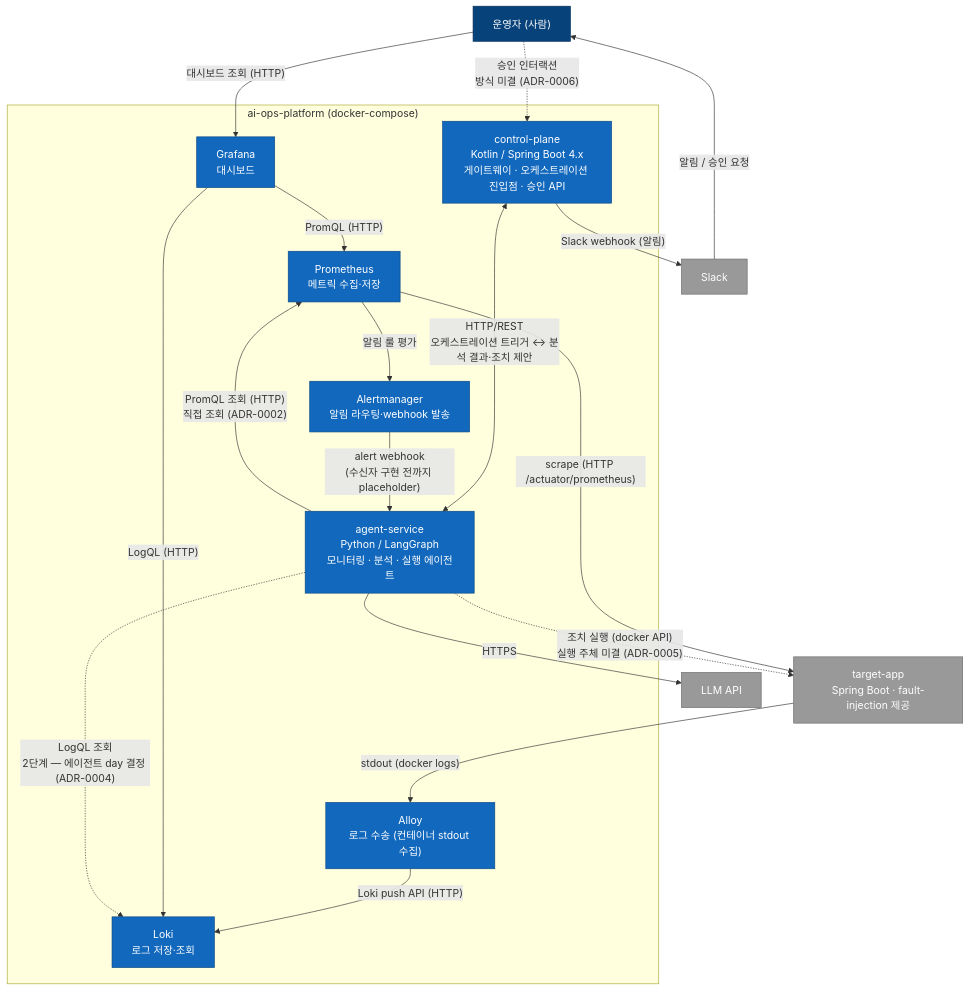
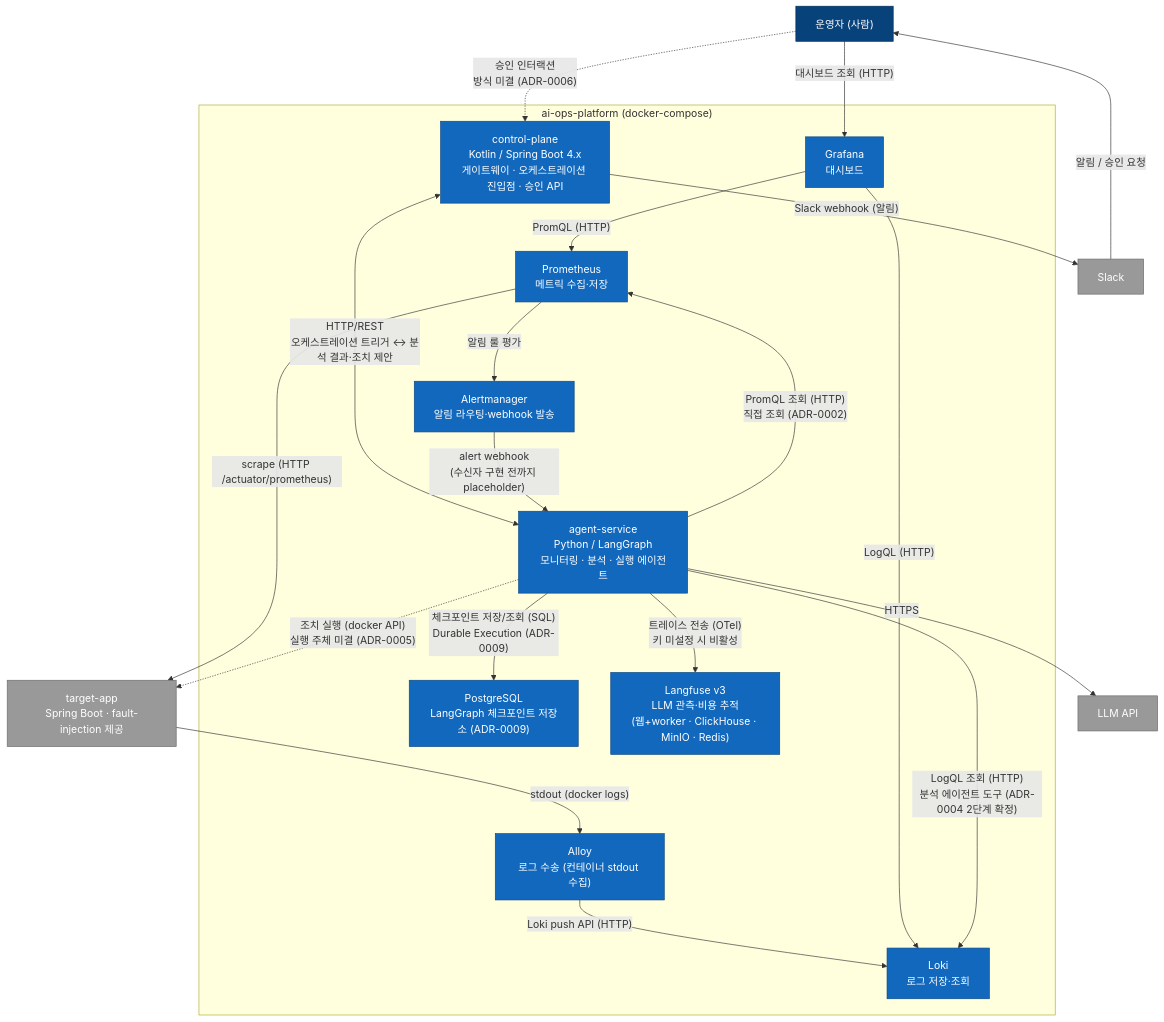
One commit to stillframe42/ai-ops-platform changed the second of 3 diagrams in docs/architecture.md. Above: the diagram before and after it, drawn with Mermaid. The commit also changed other lines of this file and 1 other file, not shown here.

````diff
--- a/docs/architecture.md
+++ b/docs/architecture.md
@@ -36,44 +36,48 @@
 ```mermaid
 flowchart TB
     operator["운영자 (사람)"]
 
     subgraph platform["ai-ops-platform (docker-compose)"]
         cp["control-plane<br/>Kotlin / Spring Boot 4.x<br/>게이트웨이 · 오케스트레이션 진입점 · 승인 API"]
         agents["agent-service<br/>Python / LangGraph<br/>모니터링 · 분석 · 실행 에이전트"]
         prom["Prometheus<br/>메트릭 수집·저장"]
         graf["Grafana<br/>대시보드"]
         am["Alertmanager<br/>알림 라우팅·webhook 발송"]
         loki["Loki<br/>로그 저장·조회"]
         alloy["Alloy<br/>로그 수송 (컨테이너 stdout 수집)"]
+        pg["PostgreSQL<br/>LangGraph 체크포인트 저장소 (ADR-0009)"]
+        lf["Langfuse v3<br/>LLM 관측·비용 추적<br/>(웹+worker · ClickHouse · MinIO · Redis)"]
     end
 
     target["target-app<br/>Spring Boot · fault-injection 제공"]
     slack["Slack"]
     llm["LLM API"]
 
     prom -->|"scrape (HTTP /actuator/prometheus)"| target
     graf -->|"PromQL (HTTP)"| prom
     operator -->|"대시보드 조회 (HTTP)"| graf
 
     cp <-->|"HTTP/REST<br/>오케스트레이션 트리거 ↔ 분석 결과·조치 제안"| agents
     agents -->|"HTTPS"| llm
     cp -->|"Slack webhook (알림)"| slack
     slack -->|"알림 / 승인 요청"| operator
     operator -.->|"승인 인터랙션<br/>방식 미결 (ADR-0006)"| cp
 
     agents -->|"PromQL 조회 (HTTP)<br/>직접 조회 (ADR-0002)"| prom
     prom -->|"알림 룰 평가"| am
     am -->|"alert webhook<br/>(수신자 구현 전까지 placeholder)"| agents
     target -->|"stdout (docker logs)"| alloy
     alloy -->|"Loki push API (HTTP)"| loki
     graf -->|"LogQL (HTTP)"| loki
-    agents -.->|"LogQL 조회<br/>2단계 — 에이전트 day 결정 (ADR-0004)"| loki
+    agents -->|"LogQL 조회 (HTTP)<br/>분석 에이전트 도구 (ADR-0004 2단계 확정)"| loki
+    agents -->|"체크포인트 저장/조회 (SQL)<br/>Durable Execution (ADR-0009)"| pg
+    agents -->|"트레이스 전송 (OTel)<br/>키 미설정 시 비활성"| lf
     agents -.->|"조치 실행 (docker API)<br/>실행 주체 미결 (ADR-0005)"| target
 
     classDef person fill:#08427b,color:#fff,stroke:#052e56
     classDef container fill:#1168bd,color:#fff,stroke:#0b4884
     classDef external fill:#999,color:#fff,stroke:#6b6b6b
     class operator person
-    class cp,agents,prom,graf,am,loki,alloy container
+    class cp,agents,prom,graf,am,loki,alloy,pg,lf container
     class target,slack,llm external
 ```
````
